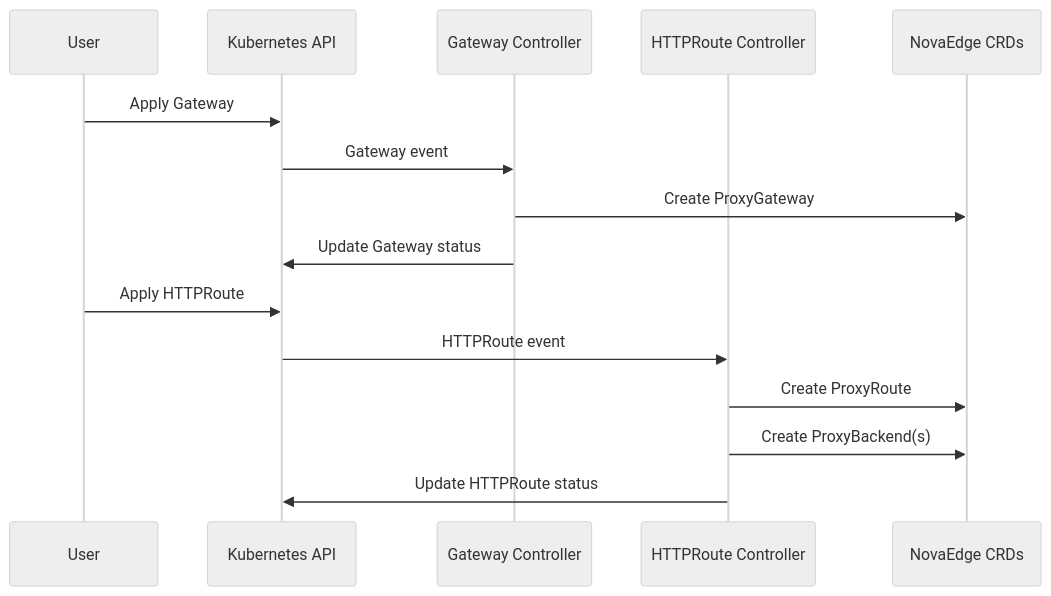
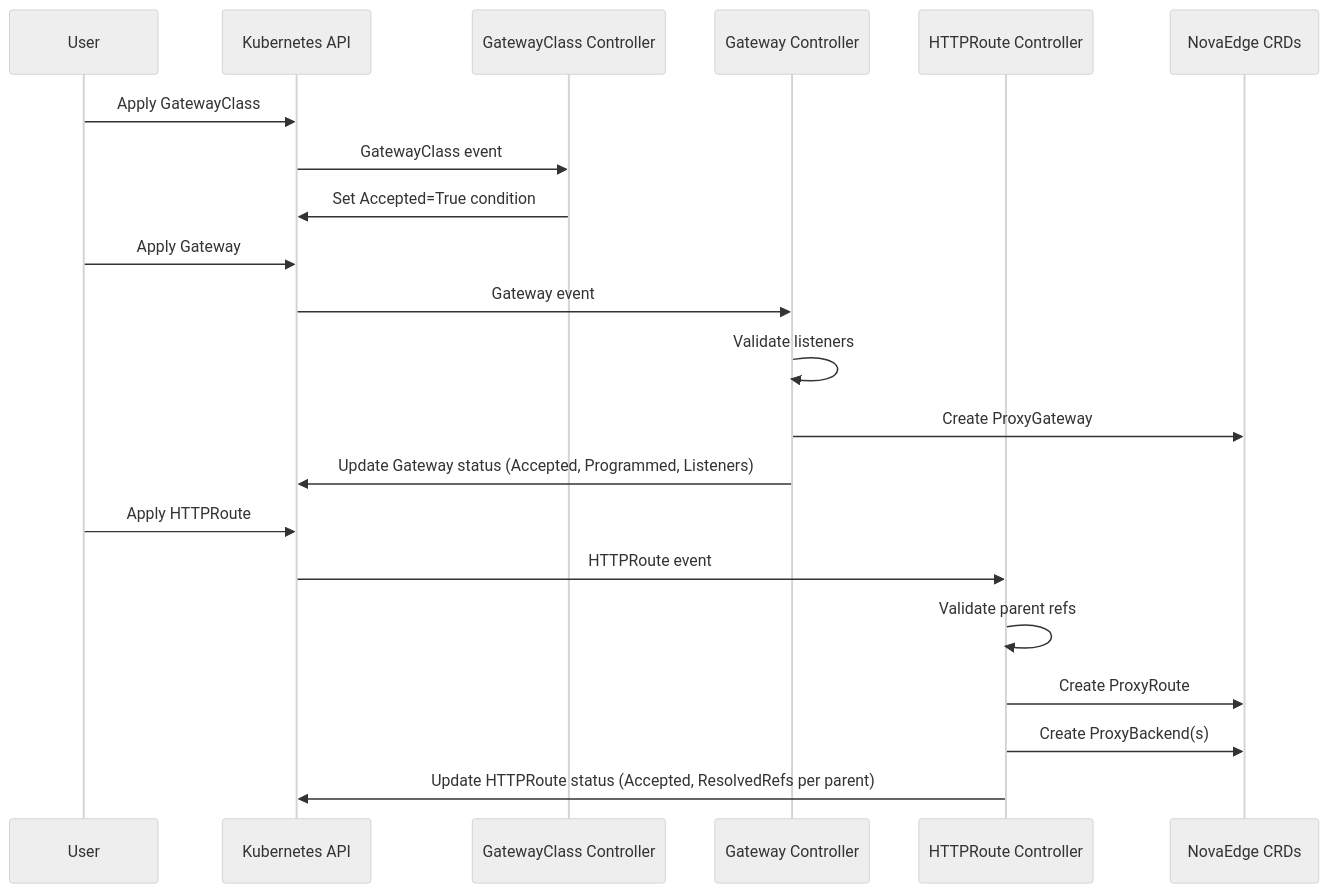
Before and after one commit to azrtydxb/novaedge: the second of 3 diagrams in docs/advanced/gateway-api.md, drawn with Mermaid (neutral theme). The commit also changed other lines of this file and 26 other files, not shown here.

First line of the commit message:
[Feature] Gateway API conformance testing, status reporting, GatewayClass support (#97) (#116)

````diff
--- a/docs/advanced/gateway-api.md
+++ b/docs/advanced/gateway-api.md
@@ -140,19 +216,26 @@
 ```mermaid
 sequenceDiagram
     participant U as User
     participant K as Kubernetes API
+    participant GCC as GatewayClass Controller
     participant GC as Gateway Controller
     participant HC as HTTPRoute Controller
     participant CRD as NovaEdge CRDs
 
+    U->>K: Apply GatewayClass
+    K->>GCC: GatewayClass event
+    GCC->>K: Set Accepted=True condition
+
     U->>K: Apply Gateway
     K->>GC: Gateway event
+    GC->>GC: Validate listeners
     GC->>CRD: Create ProxyGateway
-    GC->>K: Update Gateway status
+    GC->>K: Update Gateway status (Accepted, Programmed, Listeners)
 
     U->>K: Apply HTTPRoute
     K->>HC: HTTPRoute event
+    HC->>HC: Validate parent refs
     HC->>CRD: Create ProxyRoute
     HC->>CRD: Create ProxyBackend(s)
-    HC->>K: Update HTTPRoute status
+    HC->>K: Update HTTPRoute status (Accepted, ResolvedRefs per parent)
 ```
````
